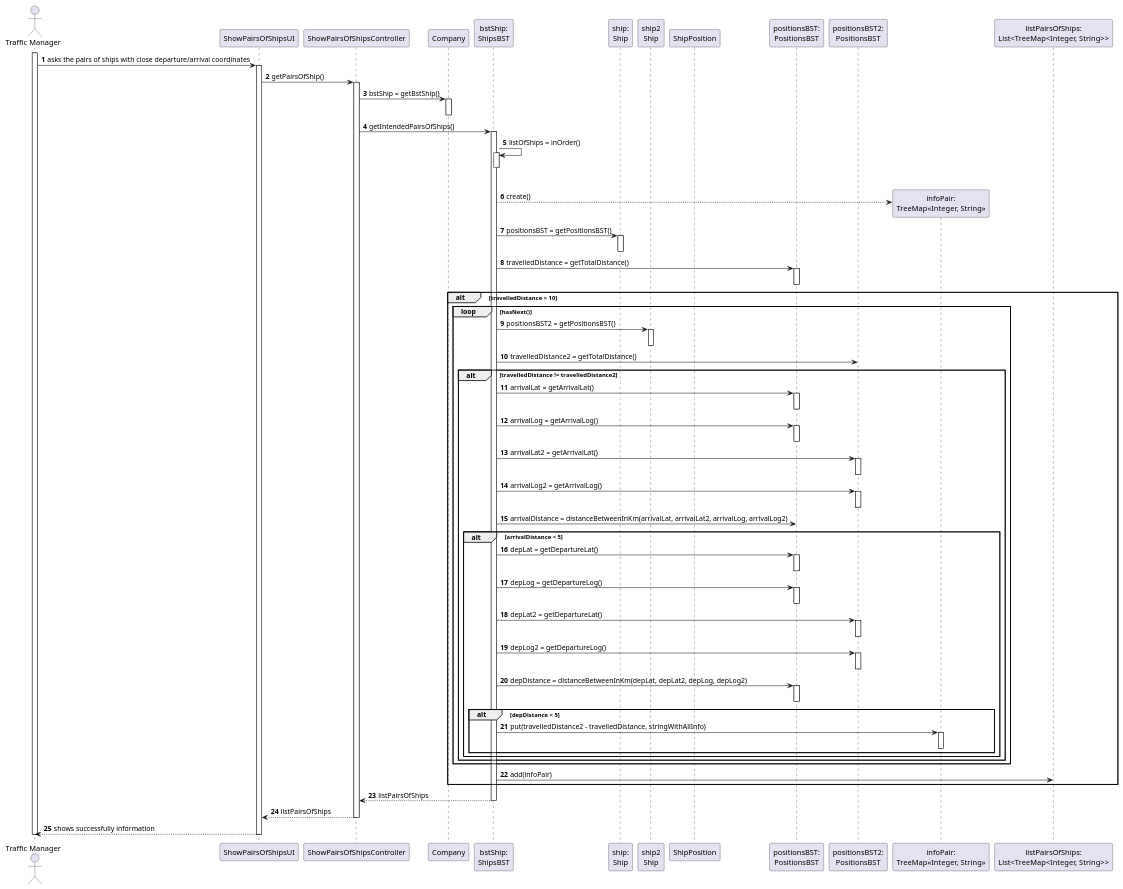
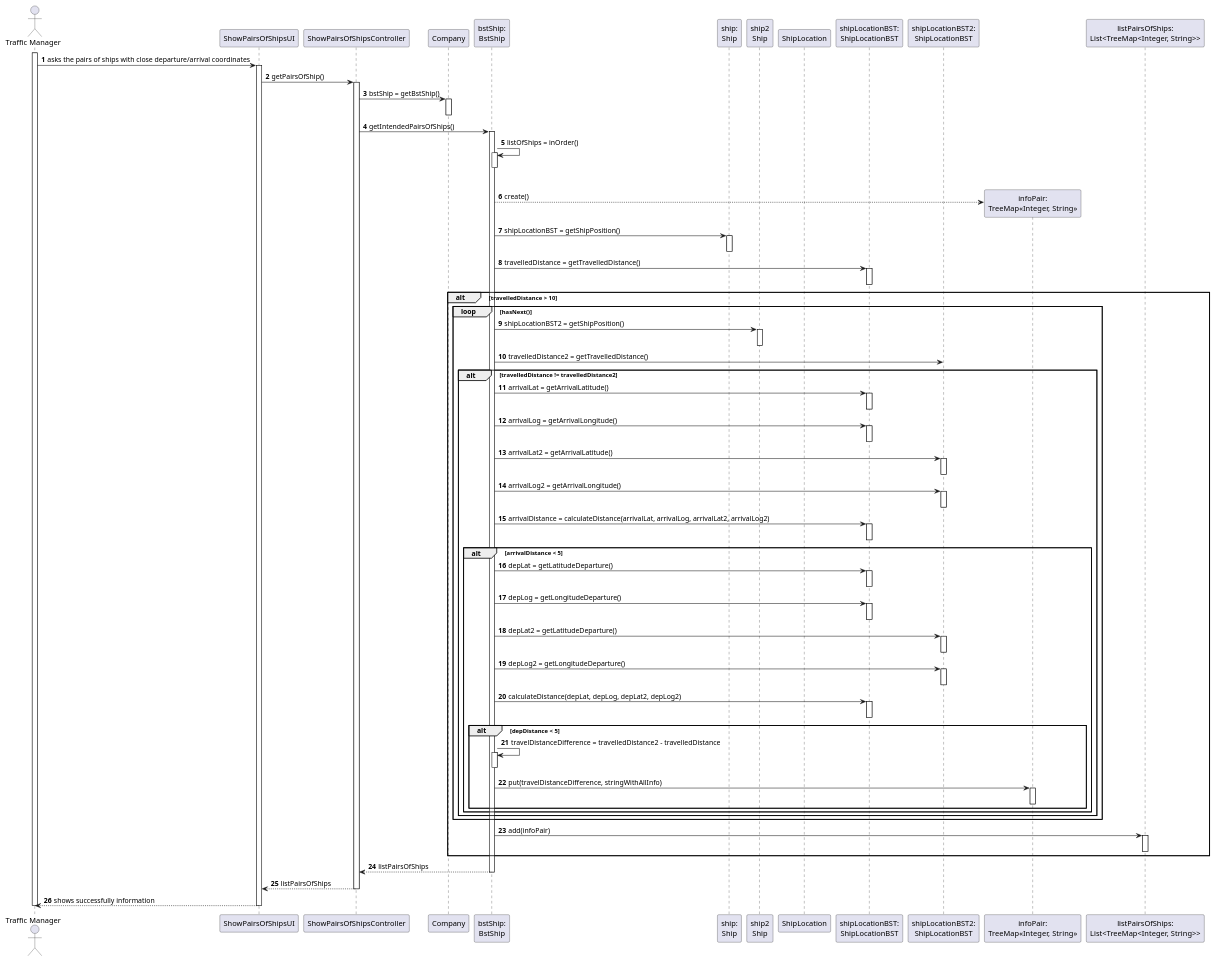
One commit to 0franciscor/lapr3-2021-g042 changed the diagram in docs/US107/US107_SD.puml. Above: the diagram before and after it, drawn with PlantUML. The commit also changed 1 other file, not shown here.

```diff
--- a/docs/US107/US107_SD.puml
+++ b/docs/US107/US107_SD.puml
@@ -1,103 +1,110 @@
 @startuml
 
 
 autonumber
 actor "Traffic Manager" as TM
 
 participant "ShowPairsOfShipsUI" as UI
 participant "ShowPairsOfShipsController" as CTRL
 participant "Company" as COMP
-participant "bstShip:\nShipsBST" as BstShip
+participant "bstShip:\nBstShip" as BstShip
 participant "ship:\nShip" as S
 participant "ship2\nShip" as S2
-participant "ShipPosition" as SP
-participant "positionsBST:\nPositionsBST" as BstPosition
-participant "positionsBST2:\nPositionsBST" as BstPosition2
+participant "ShipLocation" as SP
+participant "shipLocationBST:\nShipLocationBST" as BstPosition
+participant "shipLocationBST2:\nShipLocationBST" as BstPosition2
 participant "infoPair:\nTreeMap<<Integer, String>>" as TREEMAP
 participant "listPairsOfShips:\nList<TreeMap<Integer, String>>" as LIST
 
 
 activate TM
 TM -> "UI" : asks the pairs of ships with close departure/arrival coordinates
 activate "UI"
 UI -> CTRL : getPairsOfShip()
 activate CTRL
 CTRL -> COMP : bstShip = getBstShip()
 activate COMP
 deactivate COMP
 CTRL -> BstShip : getIntendedPairsOfShips()
 /'decide what kind of list'/
 activate BstShip
 BstShip -> BstShip : listOfShips = inOrder()
 activate BstShip
 deactivate BstShip
 loop for each Ship in ListOfShips
 BstShip --> TREEMAP** : create()
-BstShip -> S : positionsBST = getPositionsBST()
+BstShip -> S : shipLocationBST = getShipPosition()
 activate S
 deactivate S
-BstShip -> BstPosition : travelledDistance = getTotalDistance()
+BstShip -> BstPosition : travelledDistance = getTravelledDistance()
 activate BstPosition
 deactivate BstPosition
 alt travelledDistance > 10
 loop hasNext()
-BstShip -> S2 : positionsBST2 = getPositionsBST()
+BstShip -> S2 : shipLocationBST2 = getShipPosition()
 activate S2
 deactivate S2
-BstShip -> BstPosition2 : travelledDistance2 = getTotalDistance()
+BstShip -> BstPosition2 : travelledDistance2 = getTravelledDistance()
 alt travelledDistance != travelledDistance2
-BstShip -> BstPosition : arrivalLat = getArrivalLat()
+BstShip -> BstPosition : arrivalLat = getArrivalLatitude()
 activate BstPosition
 deactivate BstPosition
-BstShip -> BstPosition : arrivalLog = getArrivalLog()
+BstShip -> BstPosition : arrivalLog = getArrivalLongitude()
 activate BstPosition
 deactivate BstPosition
-BstShip -> BstPosition2 : arrivalLat2 = getArrivalLat()
+BstShip -> BstPosition2 : arrivalLat2 = getArrivalLatitude()
 activate BstPosition2
 deactivate BstPosition2
-BstShip -> BstPosition2 : arrivalLog2 = getArrivalLog()
+BstShip -> BstPosition2 : arrivalLog2 = getArrivalLongitude()
 activate BstPosition2
 deactivate BstPosition2
-BstShip -> BstPosition : arrivalDistance = distanceBetweenInKm(arrivalLat, arrivalLat2, arrivalLog, arrivalLog2)
-alt arrivalDistance < 5
-BstShip -> BstPosition : depLat = getDepartureLat()
+BstShip -> BstPosition : arrivalDistance = calculateDistance(arrivalLat, arrivalLog, arrivalLat2, arrivalLog2)
 activate BstPosition
 deactivate BstPosition
-BstShip -> BstPosition : depLog = getDepartureLog()
+alt arrivalDistance < 5
+BstShip -> BstPosition : depLat = getLatitudeDeparture()
 activate BstPosition
 deactivate BstPosition
-BstShip -> BstPosition2 : depLat2 = getDepartureLat()
+BstShip -> BstPosition : depLog = getLongitudeDeparture()
+activate BstPosition
+deactivate BstPosition
+BstShip -> BstPosition2 : depLat2 = getLatitudeDeparture()
 activate BstPosition2
 deactivate BstPosition2
-BstShip -> BstPosition2 : depLog2 = getDepartureLog()
+BstShip -> BstPosition2 : depLog2 = getLongitudeDeparture()
 activate BstPosition2
 deactivate BstPosition2
-BstShip -> BstPosition : depDistance = distanceBetweenInKm(depLat, depLat2, depLog, depLog2)
+BstShip -> BstPosition : calculateDistance(depLat, depLog, depLat2, depLog2)
 activate BstPosition
 deactivate BstPosition
 alt depDistance < 5
-BstShip -> TREEMAP : put(travelledDistance2 - travelledDistance, stringWithAllInfo)
+BstShip -> BstShip: travelDistanceDifference = travelledDistance2 - travelledDistance
+activate BstShip
+deactivate BstShip
+BstShip -> TREEMAP : put(travelDistanceDifference, stringWithAllInfo)
 activate TREEMAP
 deactivate TREEMAP
 end
 end
 end
 end
 BstShip -> LIST : add(infoPair)
+activate LIST
+deactivate LIST
 end
 
 BstShip --> CTRL : listPairsOfShips
 deactivate BstShip
 CTRL --> UI : listPairsOfShips
 deactivate CTRL
 "UI" --> TM : shows successfully information
 
 deactivate "UI"
 
 
 
 
 
 deactivate TM
 
 @enduml
```
